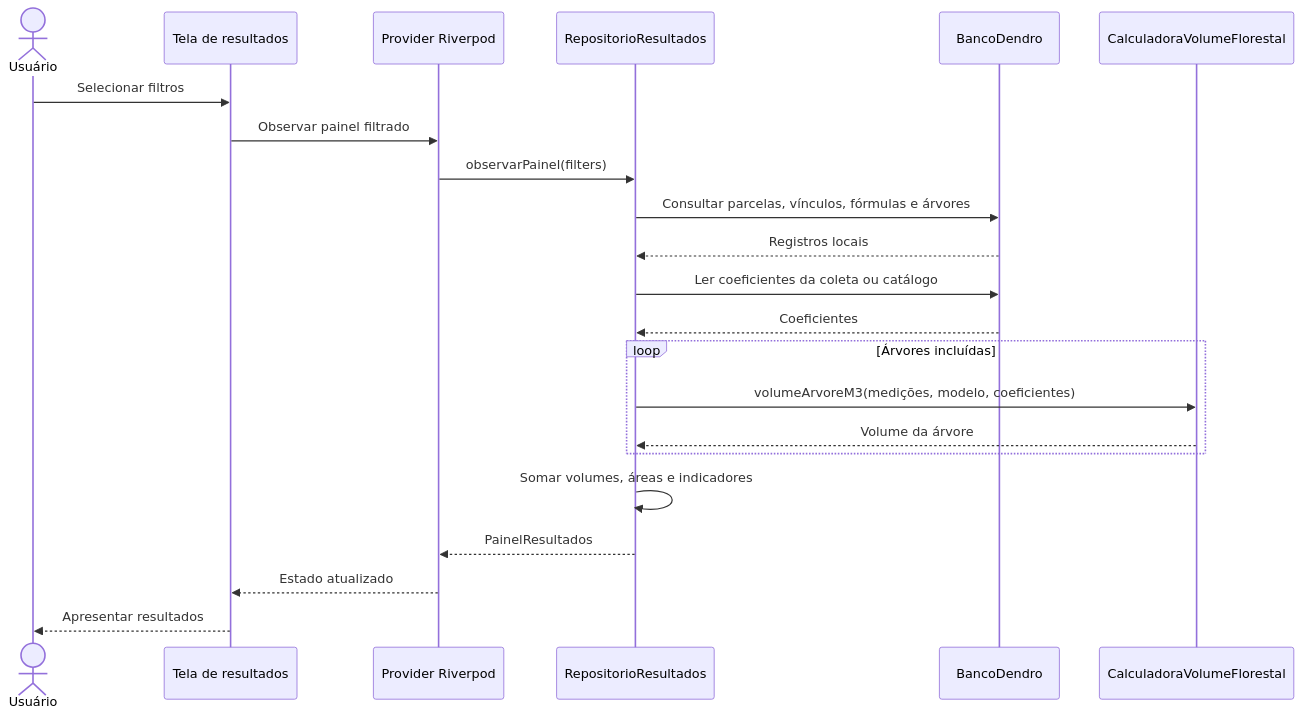
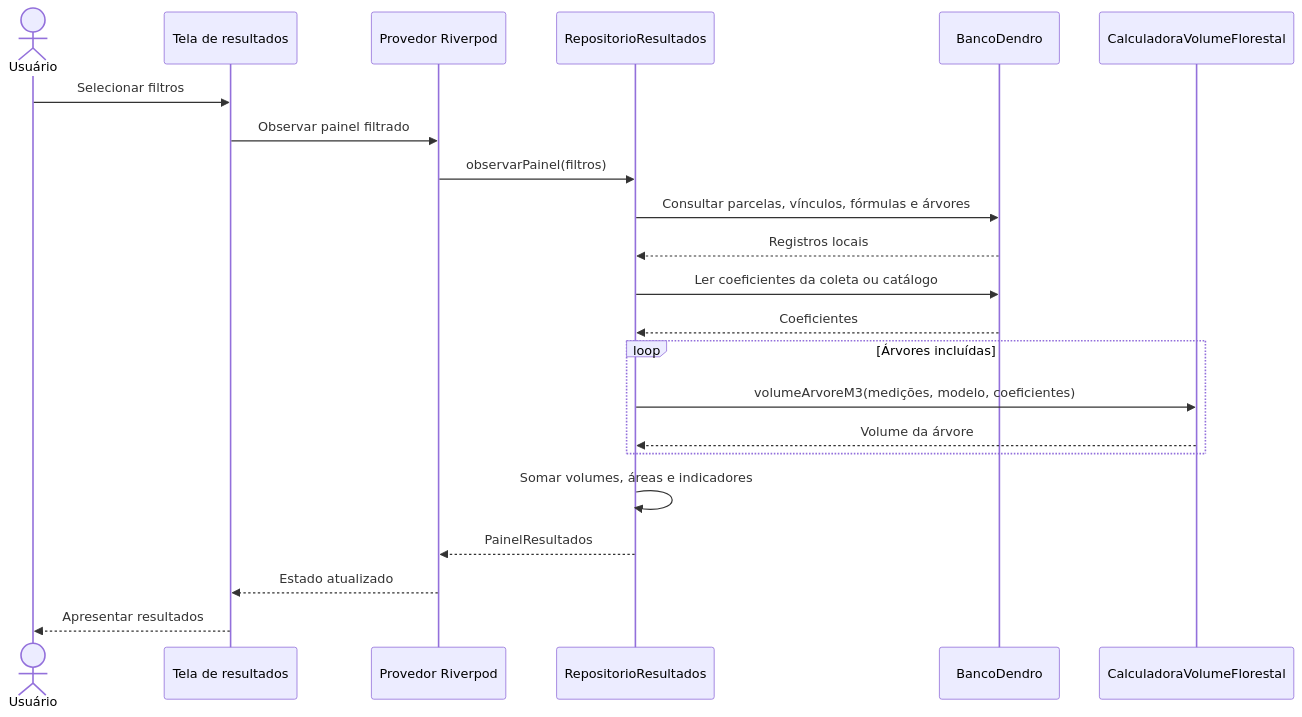
The diagram in tcc_codex_context/docs/diagrams/06_sequencia_resultados.mmd (mateushernandes10-droid/dendro_mobile), drawn with Mermaid before and after one commit. The commit also changed 63 other files, not shown here.

```diff
--- a/tcc_codex_context/docs/diagrams/06_sequencia_resultados.mmd
+++ b/tcc_codex_context/docs/diagrams/06_sequencia_resultados.mmd
@@ -1,22 +1,22 @@
 sequenceDiagram
     actor U as Usuário
     participant T as Tela de resultados
-    participant P as Provider Riverpod
+    participant P as Provedor Riverpod
     participant R as RepositorioResultados
     participant D as BancoDendro
     participant C as CalculadoraVolumeFlorestal
     U->>T: Selecionar filtros
     T->>P: Observar painel filtrado
-    P->>R: observarPainel(filters)
+    P->>R: observarPainel(filtros)
     R->>D: Consultar parcelas, vínculos, fórmulas e árvores
     D-->>R: Registros locais
     R->>D: Ler coeficientes da coleta ou catálogo
     D-->>R: Coeficientes
     loop Árvores incluídas
         R->>C: volumeArvoreM3(medições, modelo, coeficientes)
         C-->>R: Volume da árvore
     end
     R->>R: Somar volumes, áreas e indicadores
     R-->>P: PainelResultados
     P-->>T: Estado atualizado
     T-->>U: Apresentar resultados
```
